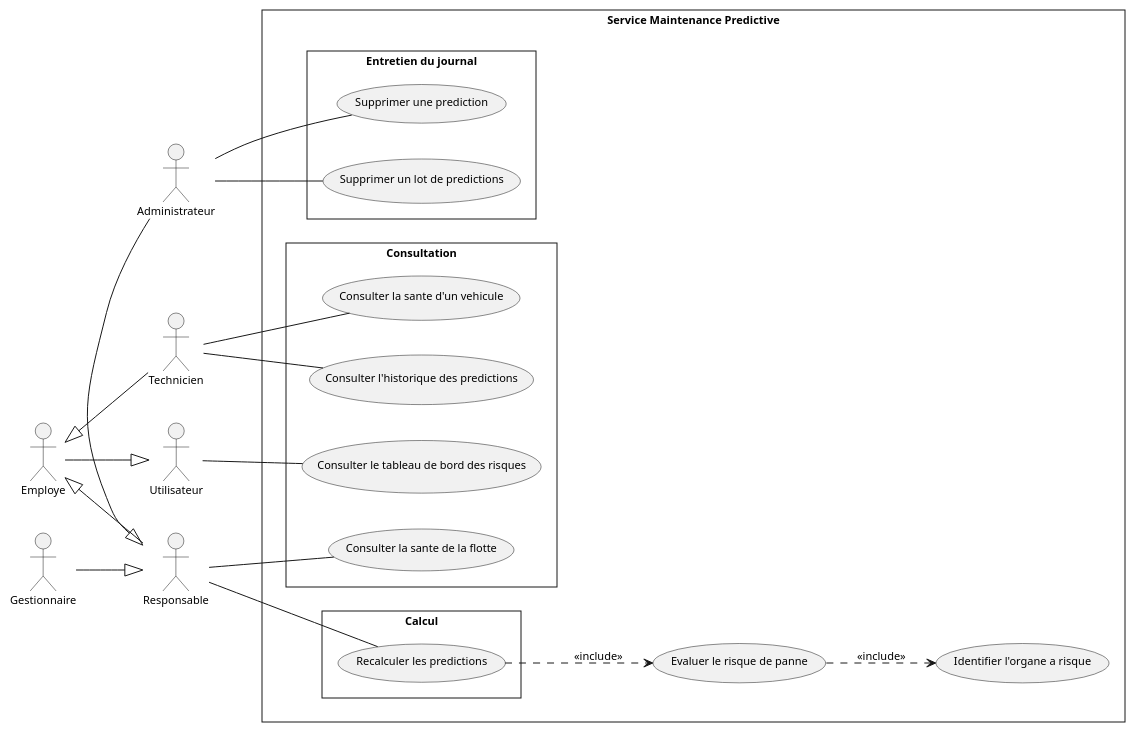
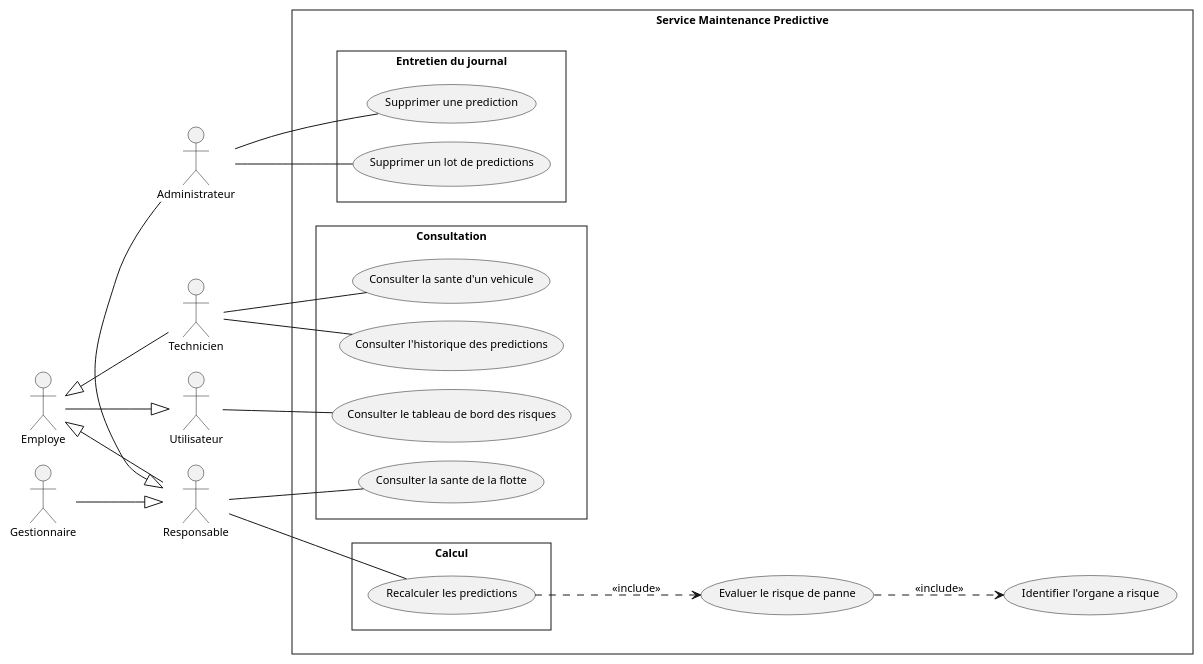
One commit to saber-barhoumi/Xpark-gmao changed the diagram in docs/diagrams/microservices/PredictionPanne/PredictionPanne-usecase.puml. Above: the diagram before and after it, drawn with PlantUML. The commit also changed 15 other files, not shown here.

First line of the commit message:
docs(uml): cas d'utilisation au format paysage, acteurs secondaires a droite

```diff
--- a/docs/diagrams/microservices/PredictionPanne/PredictionPanne-usecase.puml
+++ b/docs/diagrams/microservices/PredictionPanne/PredictionPanne-usecase.puml
@@ -1,57 +1,59 @@
 @startuml
 skinparam style strictuml
 skinparam packageStyle rectangle
 skinparam shadowing false
 skinparam defaultFontName Verdana
 skinparam defaultFontSize 11
 skinparam backgroundColor #FFFFFF
+skinparam nodesep 18
+skinparam ranksep 80
 left to right direction
 
 ' Acteurs, alignes a gauche : les porteurs d'associations sont
 ' accoles a la frontiere, les acteurs structurels a leur gauche
 actor "Utilisateur" as Utilisateur
 actor "Employe" as Employe
 actor "Responsable" as Responsable
 actor "Administrateur" as Administrateur
 actor "Gestionnaire" as Gestionnaire
 actor "Technicien" as Technicien
 
 ' Generalisation : triangle creux, de l'enfant vers le parent
 Employe -down-|> Utilisateur
 Responsable -up-|> Employe
 Administrateur -left-|> Responsable
 Gestionnaire -down-|> Responsable
 Technicien -up-|> Employe
 
 rectangle "Service Maintenance Predictive" {
   package "Consultation" {
     usecase "Consulter le tableau de bord des risques" as UC_Consulter_le_tableau_de_bord_des_r
     usecase "Consulter la sante de la flotte" as UC_Consulter_la_sante_de_la_flotte
     usecase "Consulter la sante d'un vehicule" as UC_Consulter_la_sante_d_un_vehicule
     usecase "Consulter l'historique des predictions" as UC_Consulter_l_historique_des_predict
   }
   package "Calcul" {
     usecase "Recalculer les predictions" as UC_Recalculer_les_predictions
   }
   package "Entretien du journal" {
     usecase "Supprimer une prediction" as UC_Supprimer_une_prediction
     usecase "Supprimer un lot de predictions" as UC_Supprimer_un_lot_de_predictions
   }
   usecase "Evaluer le risque de panne" as UC_Evaluer_le_risque_de_panne
   usecase "Identifier l'organe a risque" as UC_Identifier_l_organe_a_risque
 }
 
 ' Associations : trait continu sans fleche (relation d'association)
 Utilisateur -- UC_Consulter_le_tableau_de_bord_des_r
 Responsable -- UC_Consulter_la_sante_de_la_flotte
 Responsable -- UC_Recalculer_les_predictions
 Administrateur -- UC_Supprimer_une_prediction
 Administrateur -- UC_Supprimer_un_lot_de_predictions
 Technicien -- UC_Consulter_la_sante_d_un_vehicule
 Technicien -- UC_Consulter_l_historique_des_predict
 
 ' << include >> : du cas de base vers le cas obligatoire
 UC_Recalculer_les_predictions ..> UC_Evaluer_le_risque_de_panne : << include >>
 UC_Evaluer_le_risque_de_panne ..> UC_Identifier_l_organe_a_risque : << include >>
 
 @enduml
```
